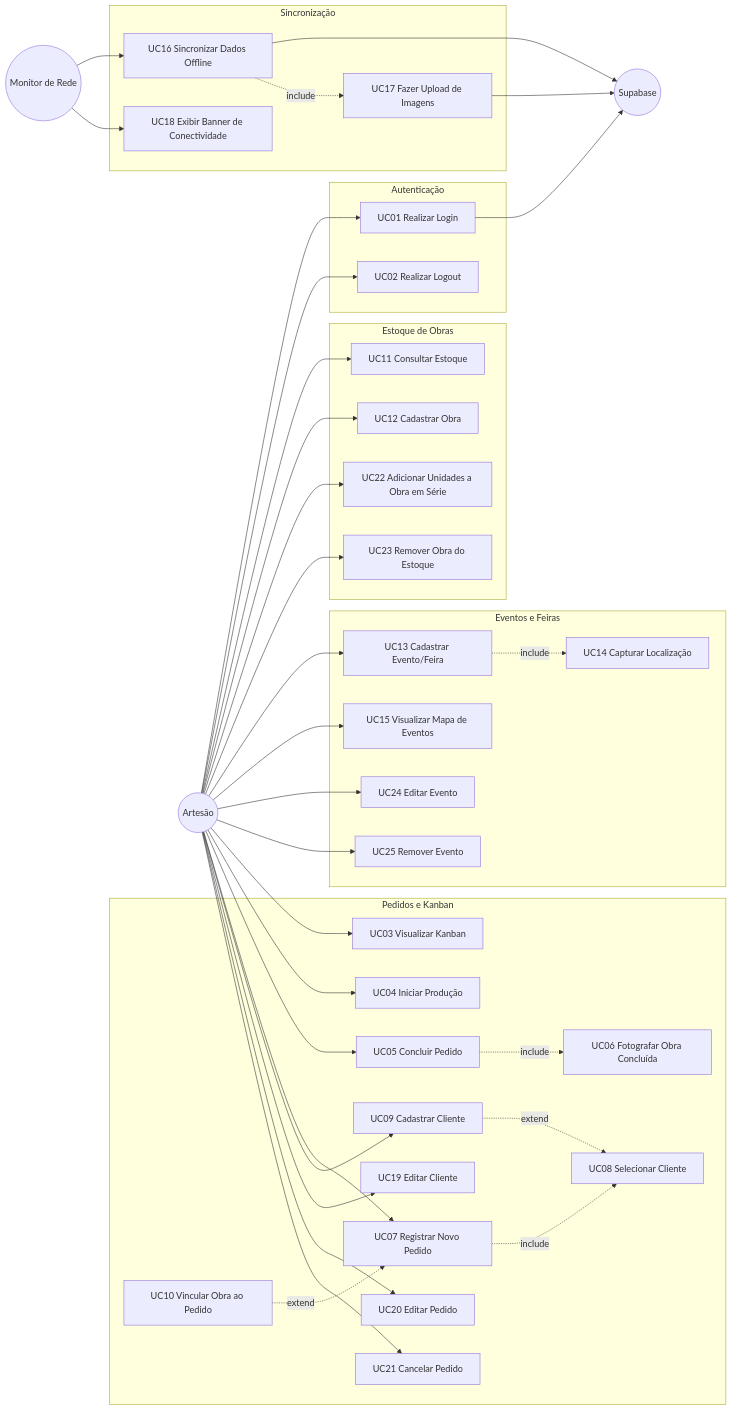
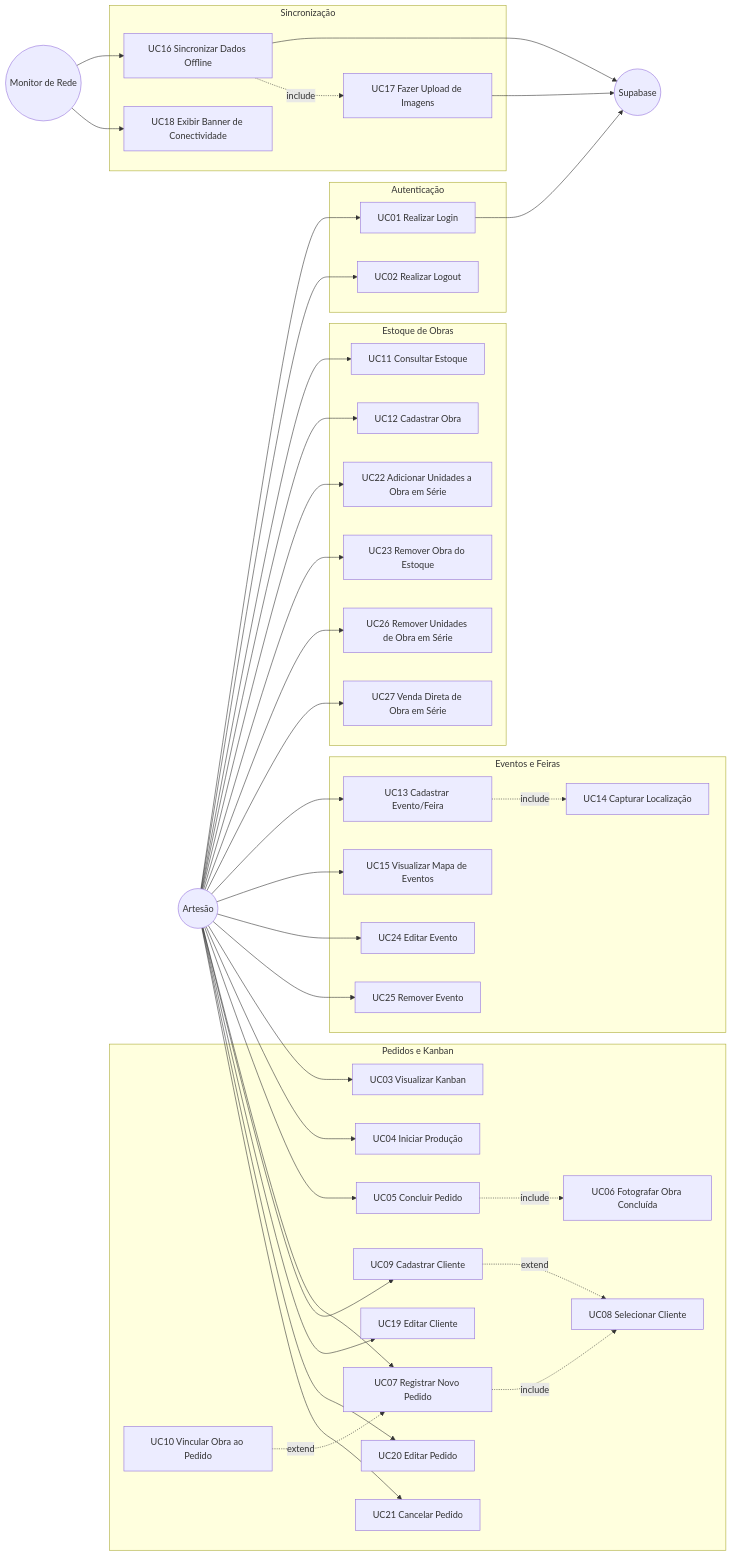
Before and after one commit to rmofilh/ate: the first of 15 diagrams in docs/ate-fase2.md, drawn with Mermaid. The commit also changed other lines of this file and 2 other files, not shown here.

```diff
--- a/docs/ate-fase2.md
+++ b/docs/ate-fase2.md
@@ -98,6 +100,8 @@
         UC12["UC12 Cadastrar Obra"]
         UC22["UC22 Adicionar Unidades a Obra em Série"]
         UC23["UC23 Remover Obra do Estoque"]
+        UC26["UC26 Remover Unidades de Obra em Série"]
+        UC27["UC27 Venda Direta de Obra em Série"]
     end
 
     subgraph EVENTOS["Eventos e Feiras"]
@@ -128,6 +132,8 @@
     Artesao --> UC12
     Artesao --> UC22
     Artesao --> UC23
+    Artesao --> UC26
+    Artesao --> UC27
     Artesao --> UC13
     Artesao --> UC15
     Artesao --> UC24
```
